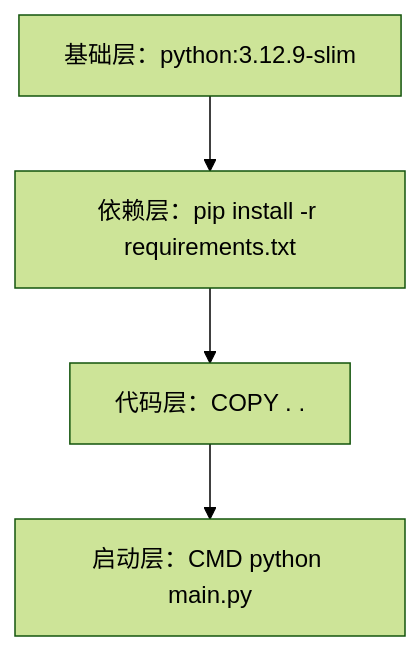
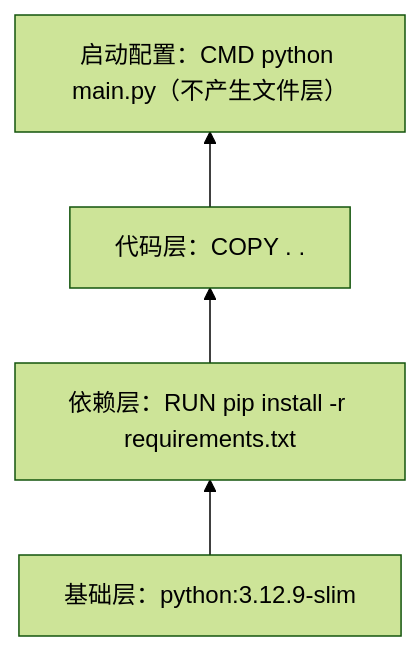
Before and after one commit to PrinZzzzjn/software-engineering-textbook: the first of 2 diagrams in 软件工程实践-2.0/21-Docker基础.md, drawn with Mermaid (forest theme). The commit also changed other lines of this file and 130 other files, not shown here.

````diff
--- a/软件工程实践-2.0/21-Docker基础.md
+++ b/软件工程实践-2.0/21-Docker基础.md
@@ -81,6 +85,6 @@
 ```mermaid
-flowchart TD
-    A[基础层：python:3.12.9-slim] --> B[依赖层：pip install -r requirements.txt]
-    B --> C[代码层：COPY . .]
-    C --> D[启动层：CMD python main.py]
+flowchart BT
+    A["基础层：python:3.12.9-slim"] --> B["依赖层：RUN pip install -r requirements.txt"]
+    B --> C["代码层：COPY . ."]
+    C --> D["启动配置：CMD python main.py（不产生文件层）"]
 ```
````
